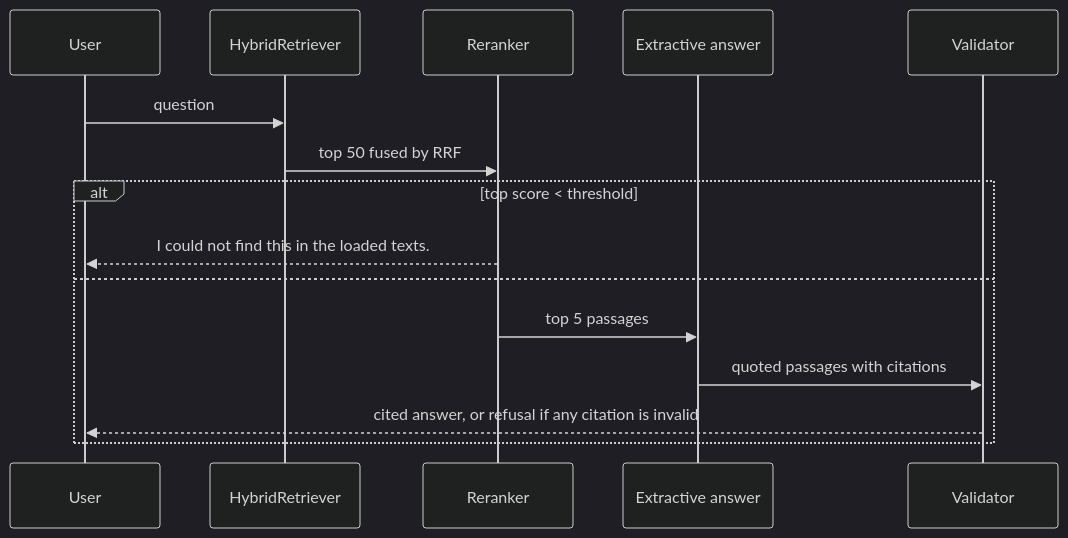
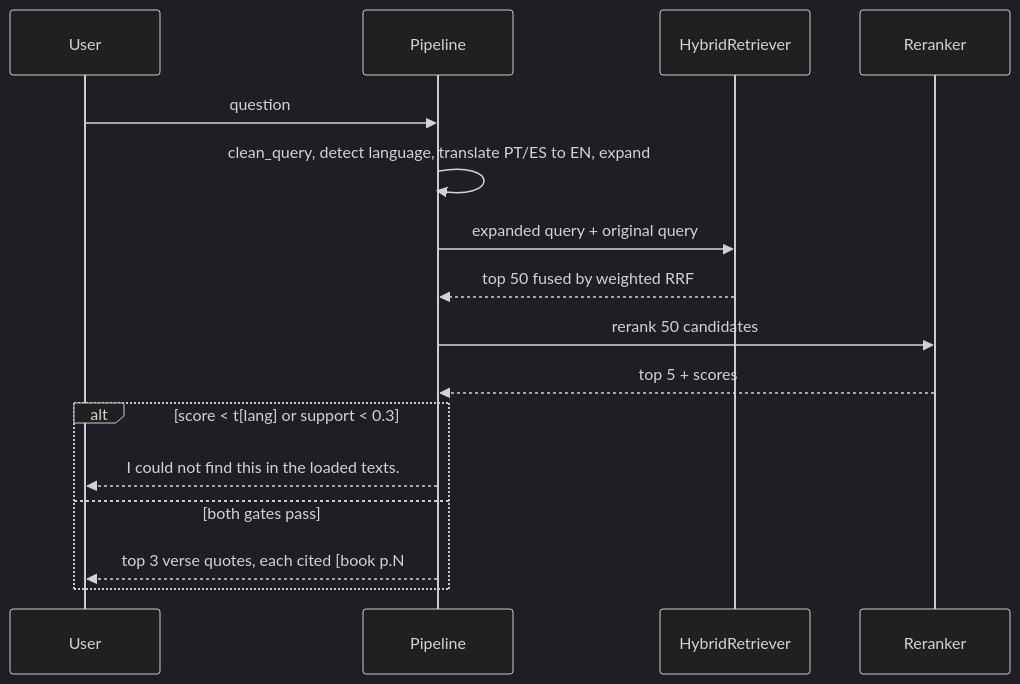
The diagram in README.md (IgorCSIS/scripture-rag), drawn with Mermaid (dark theme) before and after one commit. The commit also changed other lines of this file and 5 other files, not shown here.

Commit message:
README and ARCHITECTURE match the final extractive pipeline: two gates, translation, verse chunks, parity; descriptive alt text; fresh screenshots

````diff
--- a/README.md
+++ b/README.md
@@ -115,17 +123,18 @@
 ```mermaid
 sequenceDiagram
   participant U as User
+  participant P as Pipeline
   participant R as HybridRetriever
   participant RR as Reranker
-  participant E as Extractive answer
-  participant V as Validator
-  U->>R: question
-  R->>RR: top 50 fused by RRF
-  alt top score < threshold
-    RR-->>U: I could not find this in the loaded texts.
-  else
-    RR->>E: top 5 passages
-    E->>V: quoted passages with citations
-    V-->>U: cited answer, or refusal if any citation is invalid
+  U->>P: question
+  P->>P: clean_query, detect language, translate PT/ES to EN, expand
+  P->>R: expanded query + original query
+  R-->>P: top 50 fused by weighted RRF
+  P->>RR: rerank 50 candidates
+  RR-->>P: top 5 + scores
+  alt score < t[lang] or support < 0.3
+    P-->>U: I could not find this in the loaded texts.
+  else both gates pass
+    P-->>U: top 3 verse quotes, each cited [book p.N #id]
   end
 ```
````
